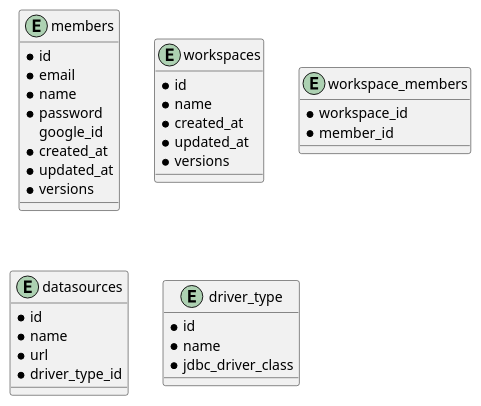
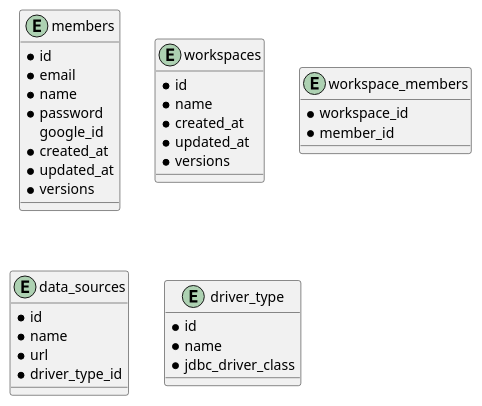
The diagram in docs/db/diagram.puml (ijufumi/openreports-api), drawn with PlantUML before and after one commit.

Commit message:
Change table name

```diff
--- a/docs/db/diagram.puml
+++ b/docs/db/diagram.puml
@@ -1,40 +1,40 @@
 @startuml
 
 entity members {
   * id
   * email
   * name
   * password
     google_id
   * created_at
   * updated_at
   * versions
 }
 
 entity workspaces {
   * id
   * name
   * created_at
   * updated_at
   * versions
 }
 
 entity workspace_members {
   * workspace_id
   * member_id
 }
 
-entity datasources {
+entity data_sources {
   * id
   * name
   * url
   * driver_type_id
 }
 
 entity driver_type {
   * id
   * name
   * jdbc_driver_class
 }
 
 @enduml
```
